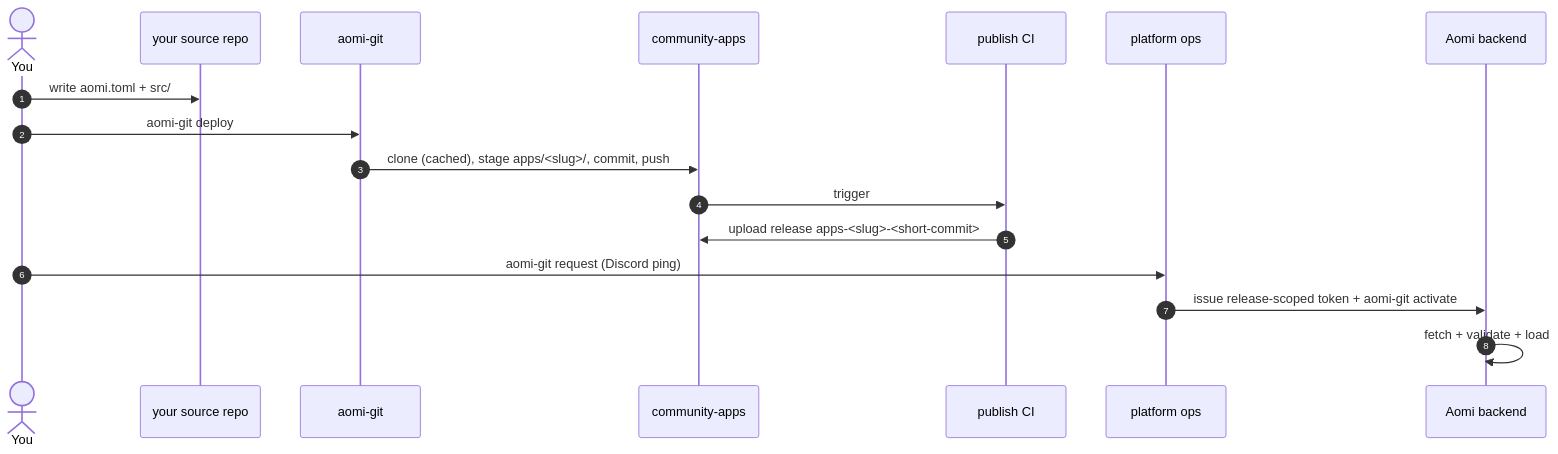
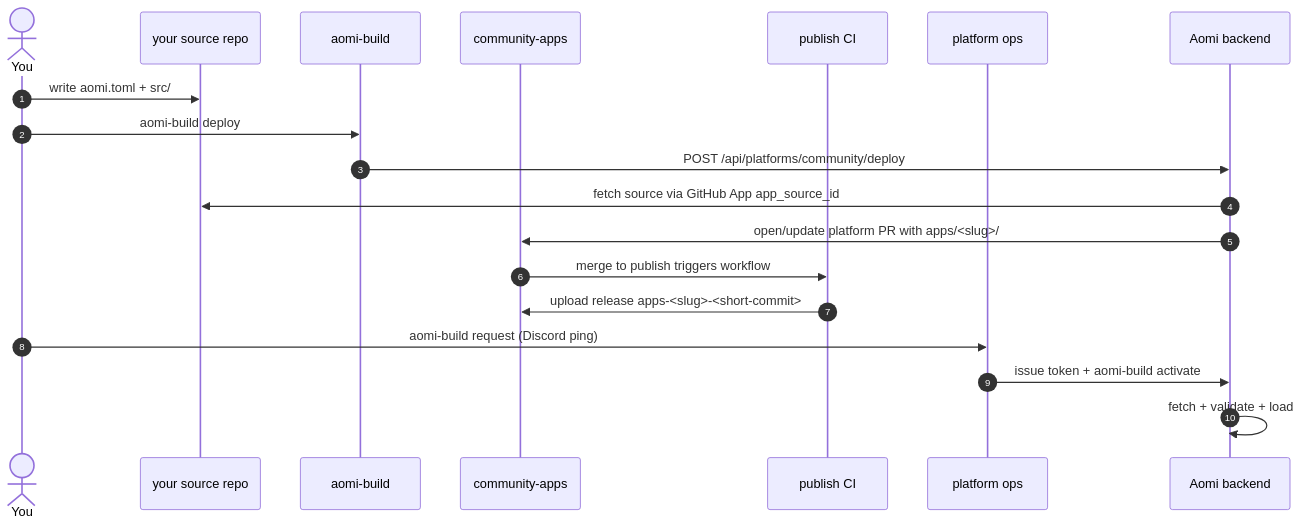
Before and after one commit to aomi-labs/community-apps: the diagram in CONTRIBUTING.md, drawn with Mermaid. The commit also changed other lines of this file and 12 other files, not shown here.

Commit message:
docs: align community deploy flow with aomi-build

````diff
--- a/CONTRIBUTING.md
+++ b/CONTRIBUTING.md
@@ -10,20 +10,22 @@
 ```mermaid
 sequenceDiagram
     autonumber
     actor You
     participant Src as your source repo
-    participant CLI as aomi-git
+    participant CLI as aomi-build
     participant Repo as community-apps
     participant CI as publish CI
     participant Ops as platform ops
     participant BE as Aomi backend
 
     You->>Src: write aomi.toml + src/
-    You->>CLI: aomi-git deploy
-    CLI->>Repo: clone (cached), stage apps/<slug>/, commit, push
-    Repo->>CI: trigger
+    You->>CLI: aomi-build deploy
+    CLI->>BE: POST /api/platforms/community/deploy
+    BE->>Src: fetch source via GitHub App app_source_id
+    BE->>Repo: open/update platform PR with apps/<slug>/
+    Repo->>CI: merge to publish triggers workflow
     CI->>Repo: upload release apps-<slug>-<short-commit>
-    You->>Ops: aomi-git request (Discord ping)
-    Ops->>BE: issue release-scoped token + aomi-git activate
+    You->>Ops: aomi-build request (Discord ping)
+    Ops->>BE: issue token + aomi-build activate
     BE->>BE: fetch + validate + load
 ```
````
